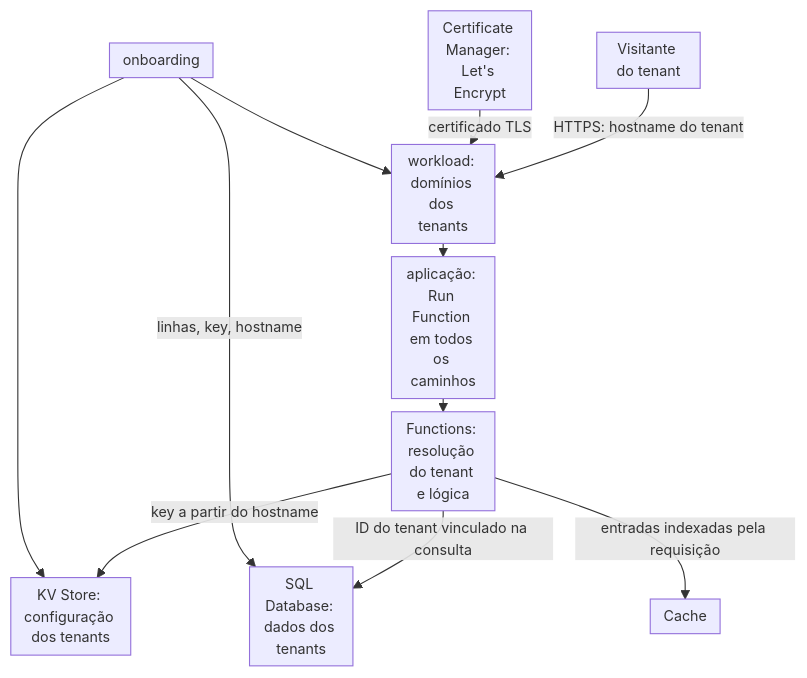
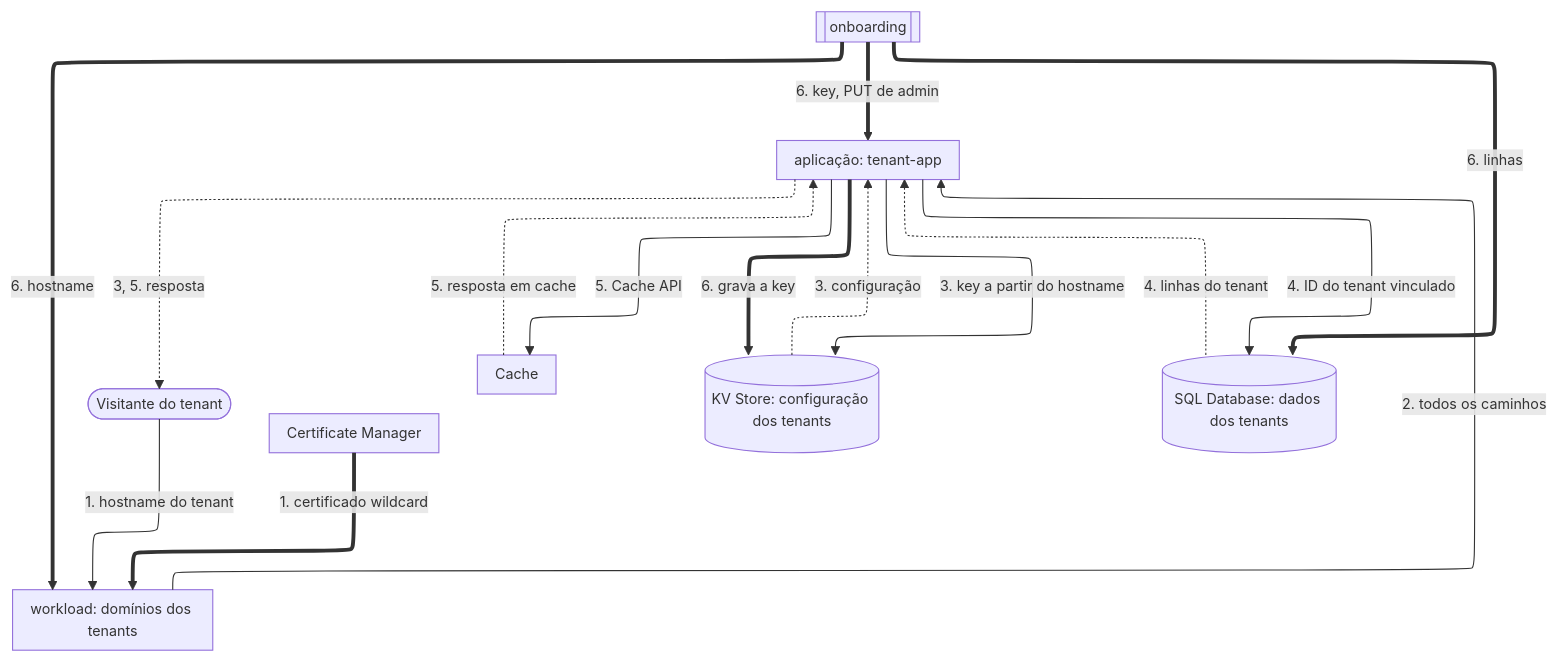
The diagram in apps/docs/src/content/docs/pt-br/pages/casos-de-uso/construir-e-executar-aplicacoes/executar-aplicacoes-saas-multi-tenant.mdx (aziontech/docs), drawn with Mermaid before and after one commit. The commit also changed other lines of this file and 55 other files, not shown here.

Commit message:
docs(use-cases): redraw the use-case diagrams with the way back and check their claims (#2509)

````diff
--- a/apps/docs/src/content/docs/pt-br/pages/casos-de-uso/construir-e-executar-aplicacoes/executar-aplicacoes-saas-multi-tenant.mdx
+++ b/apps/docs/src/content/docs/pt-br/pages/casos-de-uso/construir-e-executar-aplicacoes/executar-aplicacoes-saas-multi-tenant.mdx
@@ -43,14 +45,26 @@
 ```mermaid
-%%{init: {"layout": "dagre", "themeVariables": {"fontSize": "13px"}, "flowchart": {"nodeSpacing": 12, "rankSpacing": 12, "padding": 6, "wrappingWidth": 70, "minNodeWidth": 40, "useMaxWidth": true}}}%%
+%%{init: {"layout": "elk", "elk": {"preset": "modelOrder", "keepEntryNodeOnTop": true, "cycleBreakingStrategy": "MODEL_ORDER"}, "themeVariables": {"fontSize": "13px"}, "flowchart": {"nodeSpacing": 24, "rankSpacing": 36, "padding": 8, "wrappingWidth": 150, "useMaxWidth": true}, "sequence": {"width": 120, "actorMargin": 30, "useMaxWidth": true}}}%%
 flowchart TD
-  Visitor["Visitante do tenant"] -->|"HTTPS: hostname do tenant"| Workload["workload: domínios dos tenants"]
-  Cert["Certificate Manager: Let's Encrypt"] -->|"certificado TLS"| Workload
-  Workload --> App["aplicação: Run Function em todos os caminhos"]
-  App --> Fn["Functions: resolução do tenant e lógica"]
-  Fn -->|"key a partir do hostname"| KV["KV Store: configuração dos tenants"]
-  Fn -->|"ID do tenant vinculado na consulta"| SQL["SQL Database: dados dos tenants"]
-  Fn -->|"entradas indexadas pela requisição"| Cache["Cache"]
-  Ops["onboarding"] -->|"linhas, key, hostname"| SQL
-  Ops --> KV
-  Ops --> Workload
+  Visitor(["Visitante do tenant"])
+  Cert["Certificate Manager"]
+  Ops[["onboarding"]]
+  Workload["workload: domínios dos tenants"]
+  App["aplicação: tenant-app"]
+  Cache["Cache"]
+  KV[("KV Store: configuração dos tenants")]
+  SQL[("SQL Database: dados dos tenants")]
+  Visitor -->|"1. hostname do tenant"| Workload
+  Workload -->|"2. todos os caminhos"| App
+  App -->|"3. key a partir do hostname"| KV
+  App -->|"4. ID do tenant vinculado"| SQL
+  App -->|"5. Cache API"| Cache
+  KV -.->|"3. configuração"| App
+  SQL -.->|"4. linhas do tenant"| App
+  Cache -.->|"5. resposta em cache"| App
+  App -.->|"3, 5. resposta"| Visitor
+  Cert ==>|"1. certificado wildcard"| Workload
+  Ops ==>|"6. linhas"| SQL
+  Ops ==>|"6. key, PUT de admin"| App
+  App ==>|"6. grava a key"| KV
+  Ops ==>|"6. hostname"| Workload
 ```
````
